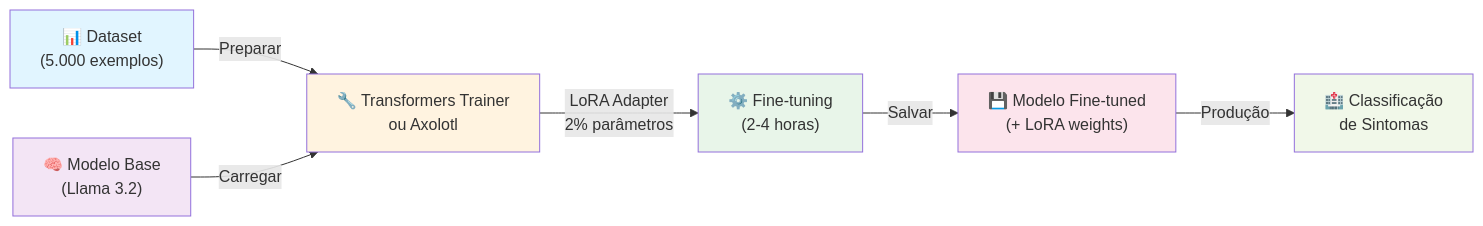
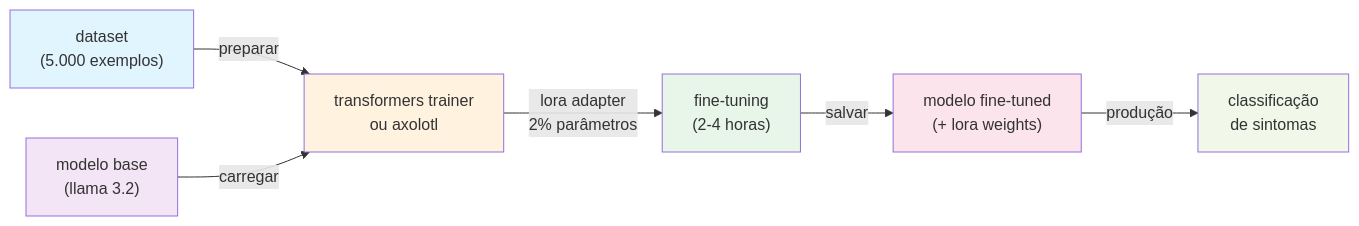
Before and after one commit to otavio-lemos/fudAI-se: the second of 11 diagrams in README.md, drawn with Mermaid. The commit also changed other lines of this file and 2 other files, not shown here.

````diff
--- a/README.md
+++ b/README.md
@@ -607,15 +618,15 @@
 ```mermaid
 graph LR
-    A["📊 Dataset<br/>(5.000 exemplos)"] -->|Preparar| B["🔧 Transformers Trainer<br/>ou Axolotl"]
-    C["🧠 Modelo Base<br/>(Llama 3.2)"] -->|Carregar| B
-    B -->|LoRA Adapter<br/>2% parâmetros| D["⚙️ Fine-tuning<br/>(2-4 horas)"]
-    D -->|Salvar| E["💾 Modelo Fine-tuned<br/>(+ LoRA weights)"]
-    E -->|Produção| F["🏥 Classificação<br/>de Sintomas"]
+    a["dataset<br/>(5.000 exemplos)"] -->|preparar| b["transformers trainer<br/>ou axolotl"]
+    c["modelo base<br/>(llama 3.2)"] -->|carregar| b
+    b -->|lora adapter<br/>2% parâmetros| d["fine-tuning<br/>(2-4 horas)"]
+    d -->|salvar| e["modelo fine-tuned<br/>(+ lora weights)"]
+    e -->|produção| f["classificação<br/>de sintomas"]
     
-    style A fill:#e1f5ff
-    style B fill:#fff3e0
-    style C fill:#f3e5f5
-    style D fill:#e8f5e9
-    style E fill:#fce4ec
-    style F fill:#f1f8e9
+    style a fill:#e1f5ff
+    style b fill:#fff3e0
+    style c fill:#f3e5f5
+    style d fill:#e8f5e9
+    style e fill:#fce4ec
+    style f fill:#f1f8e9
 ```
````
